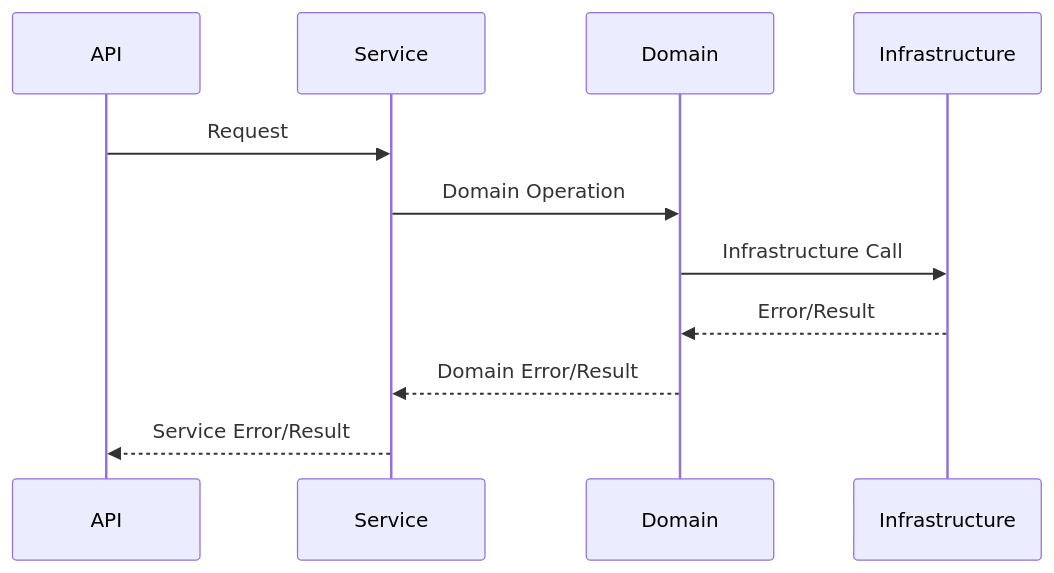
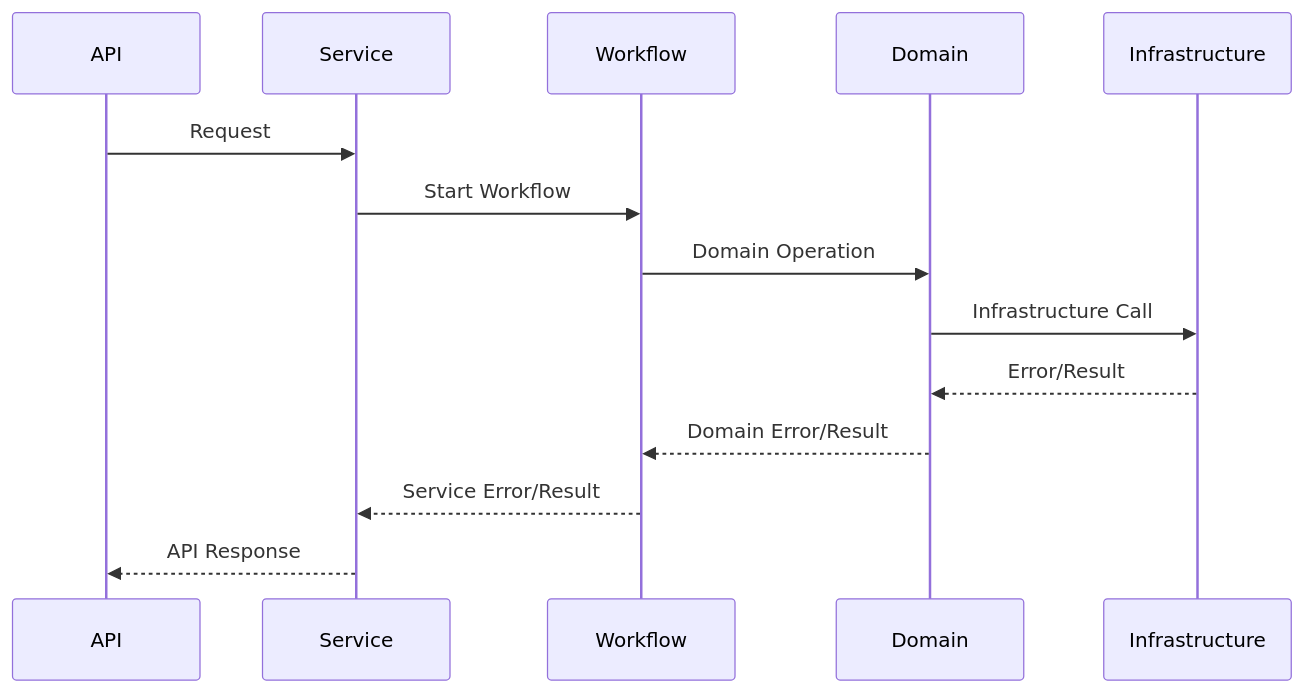
Before and after one commit to tonglam/letletme_data: the fourth of 11 diagrams in documentation/design/Service_Layer_Design.md, drawn with Mermaid. The commit also changed other lines of this file and 15 other files, not shown here.

First line of the commit message:
Refactor API and Service Layers with Enhanced Type Safety and Error Handling

````diff
--- a/documentation/design/Service_Layer_Design.md
+++ b/documentation/design/Service_Layer_Design.md
@@ -72,14 +91,17 @@
 ```mermaid
 sequenceDiagram
     participant A as API
     participant S as Service
+    participant W as Workflow
     participant D as Domain
     participant I as Infrastructure
 
     A->>S: Request
-    S->>D: Domain Operation
+    S->>W: Start Workflow
+    W->>D: Domain Operation
     D->>I: Infrastructure Call
     I-->>D: Error/Result
-    D-->>S: Domain Error/Result
-    S-->>A: Service Error/Result
+    D-->>W: Domain Error/Result
+    W-->>S: Service Error/Result
+    S-->>A: API Response
 ```
````
